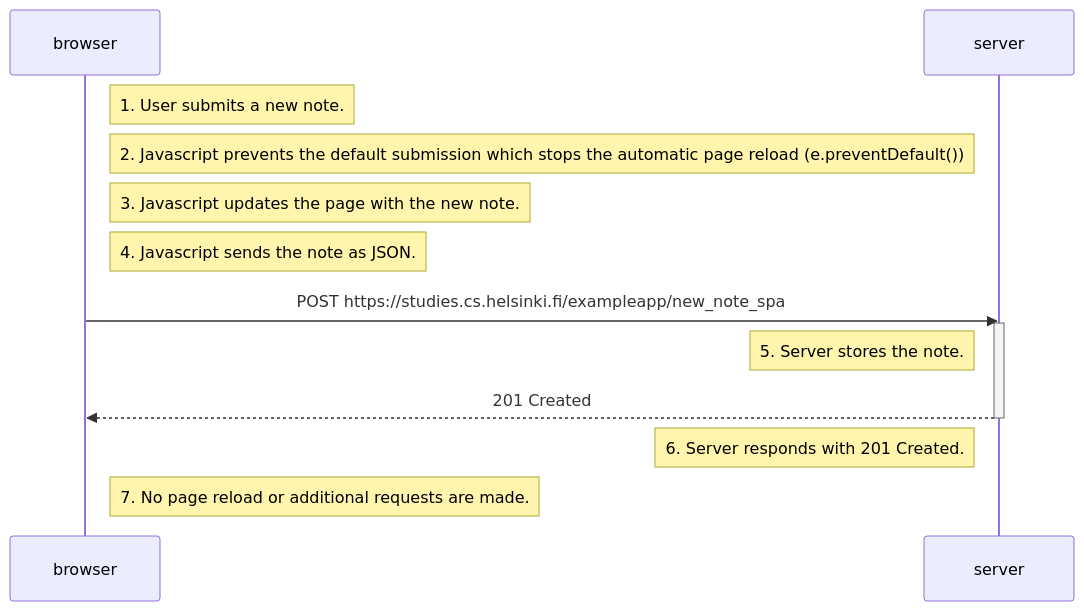
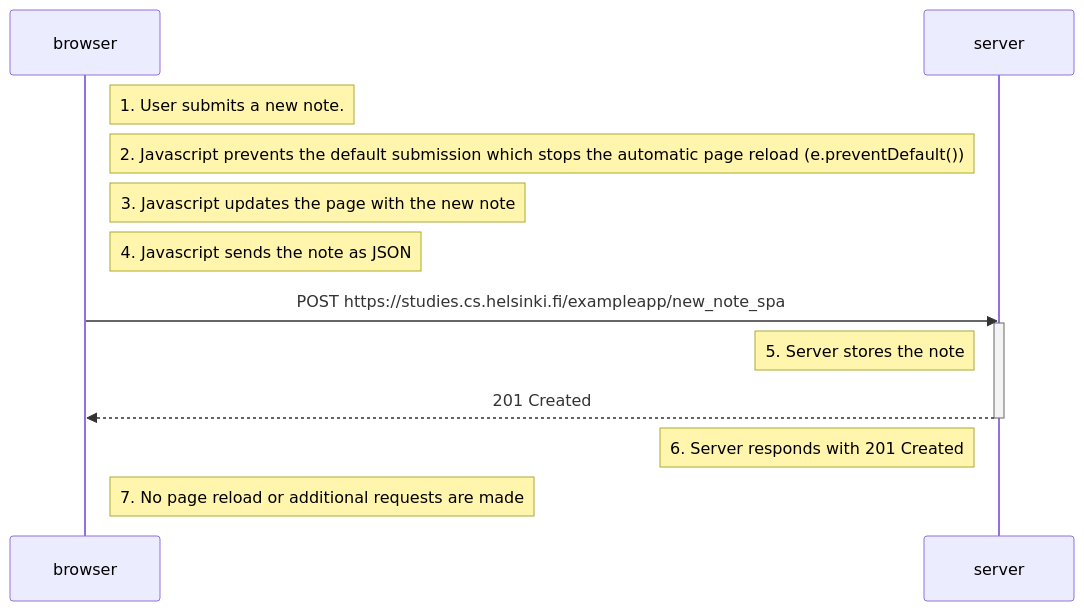
One commit to DrFinger2/fullstackopen-2026 changed the diagram in osa0/0.6.md. Above: the diagram before and after it, drawn with Mermaid.

Commit message:
Refactor mermaid diagram in 0.6.md
Updated mermaid sequence diagram formatting for clarity.

````diff
--- a/osa0/0.6.md
+++ b/osa0/0.6.md
@@ -1,17 +1,17 @@
 ```mermaid
 sequenceDiagram
     participant browser
     participant server
 
     Note right of browser: 1. User submits a new note.
     Note right of browser: 2. Javascript prevents the default submission which stops the automatic page reload (e.preventDefault())
-    Note right of browser: 3. Javascript updates the page with the new note.
-    Note right of browser: 4. Javascript sends the note as JSON.
+    Note right of browser: 3. Javascript updates the page with the new note
+    Note right of browser: 4. Javascript sends the note as JSON
     browser->>server: POST https://studies.cs.helsinki.fi/exampleapp/new_note_spa
     activate server
-    Note left of server: 5. Server stores the note.
+    Note left of server: 5. Server stores the note
     server-->>browser: 201 Created
     deactivate server
-    Note left of server: 6. Server responds with 201 Created.
-    Note right of browser: 7. No page reload or additional requests are made.
+    Note left of server: 6. Server responds with 201 Created
+    Note right of browser: 7. No page reload or additional requests are made
 ```
````
